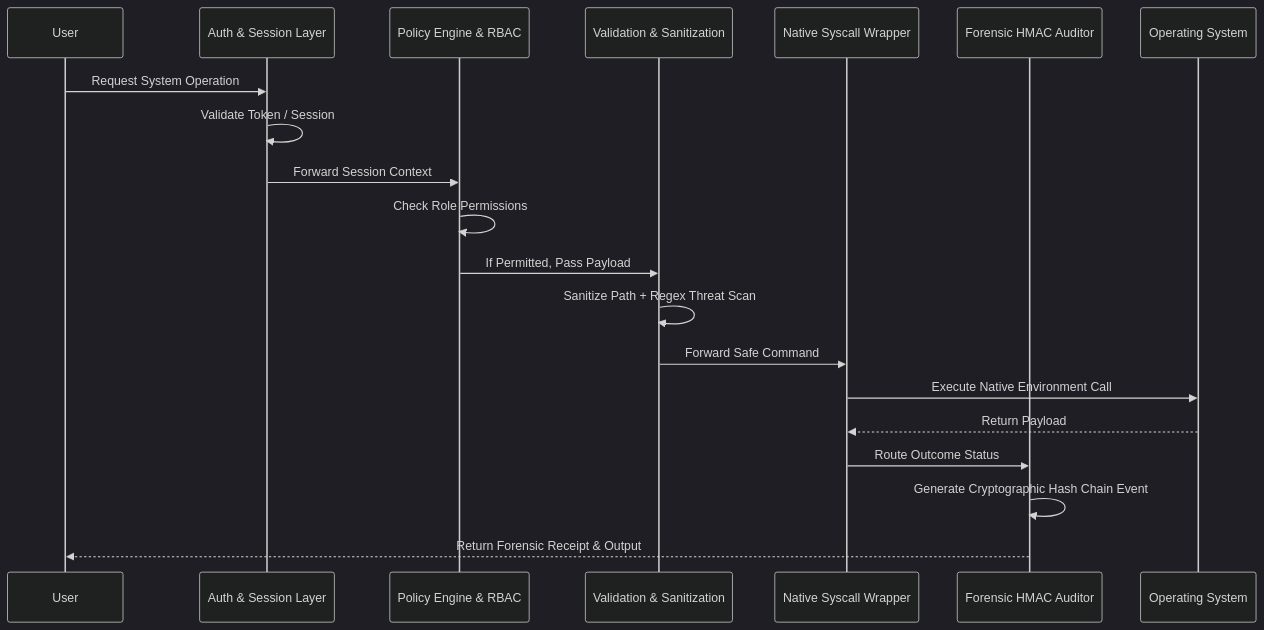
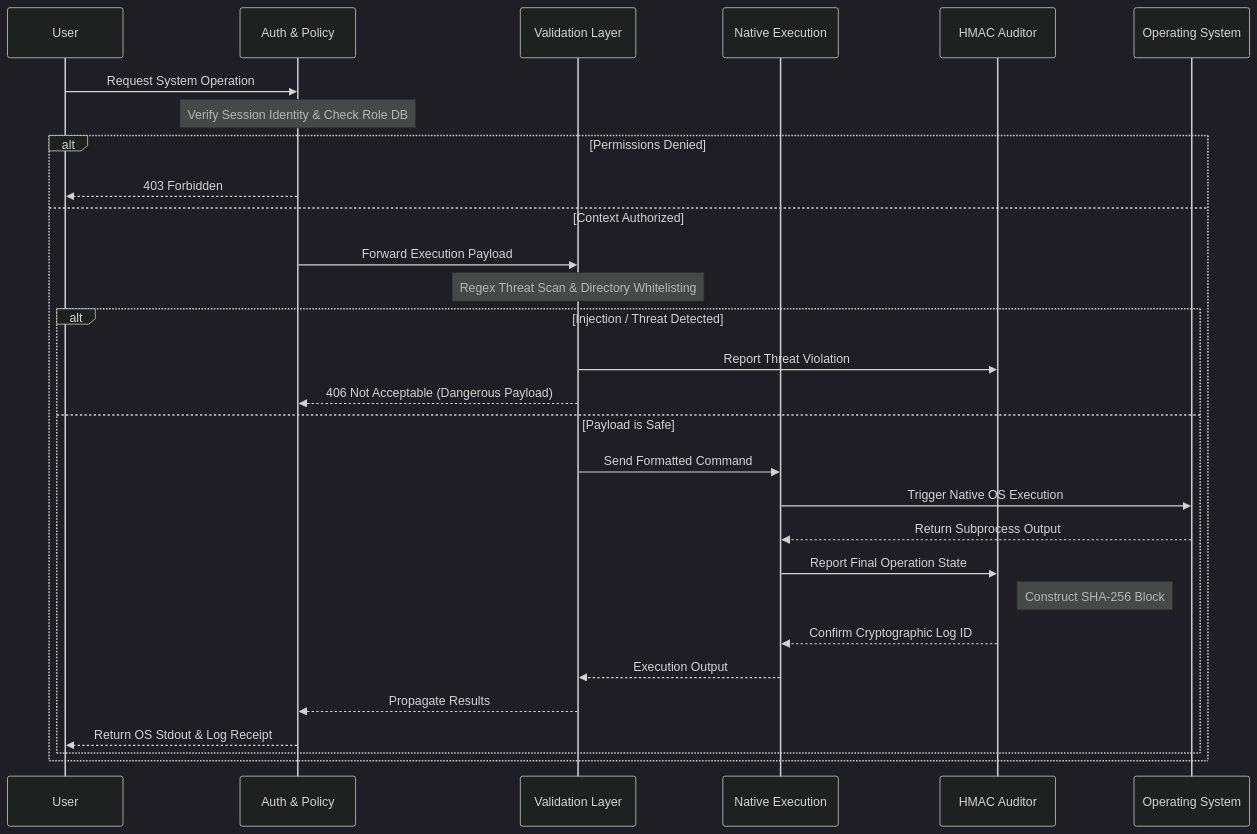
Before and after one commit to LegendTejas/Secure-System-Call-Gateway-with-Role-Based-Access-Control-and-Real-Time-Monitoring: the second of 2 diagrams in PROJECT_OVERVIEW.md, drawn with Mermaid (dark theme). The commit also changed other lines of this file, not shown here.

Commit message:
docs: Fix mermaid graph syntax for v8.8.0 compatibility

````diff
--- a/PROJECT_OVERVIEW.md
+++ b/PROJECT_OVERVIEW.md
@@ -13,23 +30,36 @@
 ```mermaid
 sequenceDiagram
     participant User
-    participant Auth as Auth & Session Layer
-    participant Policy as Policy Engine & RBAC
-    participant Validate as Validation & Sanitization
-    participant Execution as Native Syscall Wrapper
-    participant Forensic as Forensic HMAC Auditor
+    participant Auth as Auth & Policy
+    participant Val as Validation Layer
+    participant Exec as Native Execution
+    participant Log as HMAC Auditor
     participant OS as Operating System
 
     User->>Auth: Request System Operation
-    Auth->>Auth: Validate Token / Session
-    Auth->>Policy: Forward Session Context
-    Policy->>Policy: Check Role Permissions
-    Policy->>Validate: If Permitted, Pass Payload
-    Validate->>Validate: Sanitize Path + Regex Threat Scan
-    Validate->>Execution: Forward Safe Command
-    Execution->>OS: Execute Native Environment Call
-    OS-->>Execution: Return Payload
-    Execution->>Forensic: Route Outcome Status
-    Forensic->>Forensic: Generate Cryptographic Hash Chain Event
-    Forensic-->>User: Return Forensic Receipt & Output
+    Note over Auth: Verify Session Identity & Check Role DB
+    
+    alt Permissions Denied
+        Auth-->>User: 403 Forbidden
+    else Context Authorized
+        Auth->>Val: Forward Execution Payload
+        Note over Val: Regex Threat Scan & Directory Whitelisting
+        
+        alt Injection / Threat Detected
+            Val->>Log: Report Threat Violation
+            Val-->>Auth: 406 Not Acceptable (Dangerous Payload)
+        else Payload is Safe
+            Val->>Exec: Send Formatted Command
+            Exec->>OS: Trigger Native OS Execution
+            OS-->>Exec: Return Subprocess Output
+            
+            Exec->>Log: Report Final Operation State
+            Note right of Log: Construct SHA-256 Block
+            Log-->>Exec: Confirm Cryptographic Log ID
+            
+            Exec-->>Val: Execution Output
+            Val-->>Auth: Propagate Results
+            Auth-->>User: Return OS Stdout & Log Receipt
+        end
+    end
 ```
````
